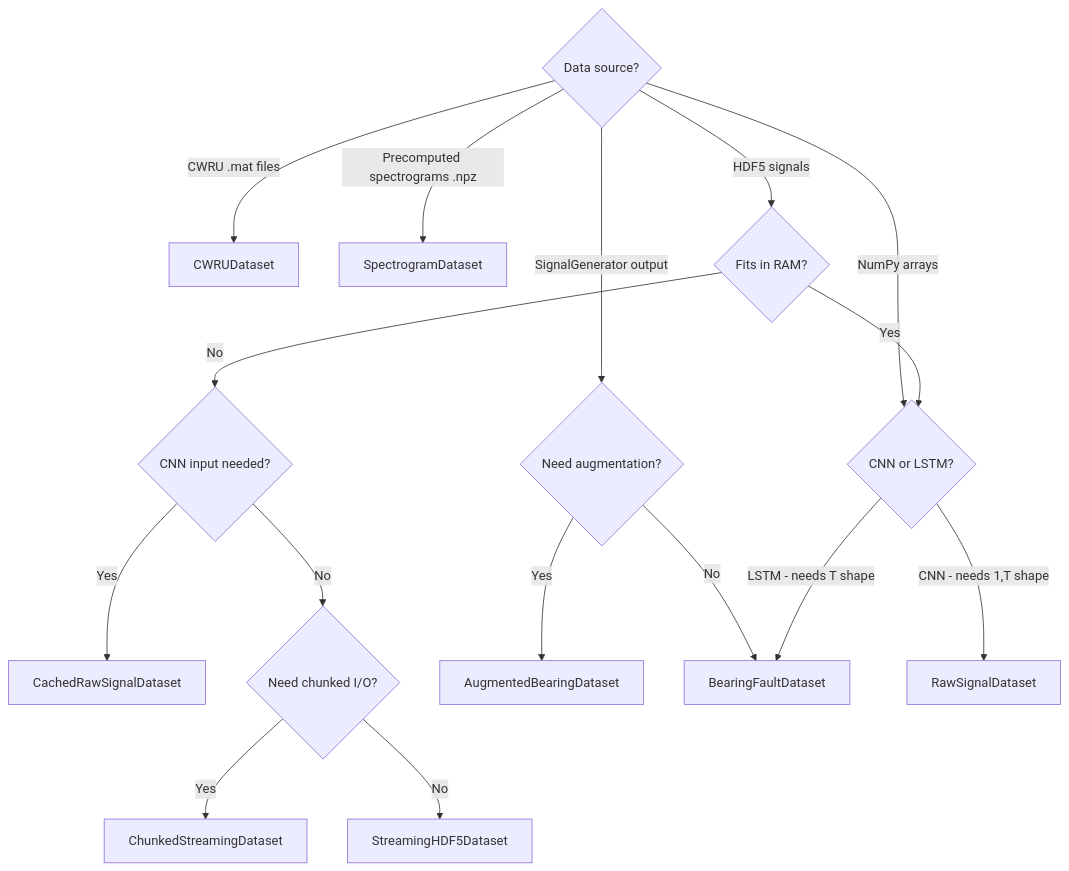
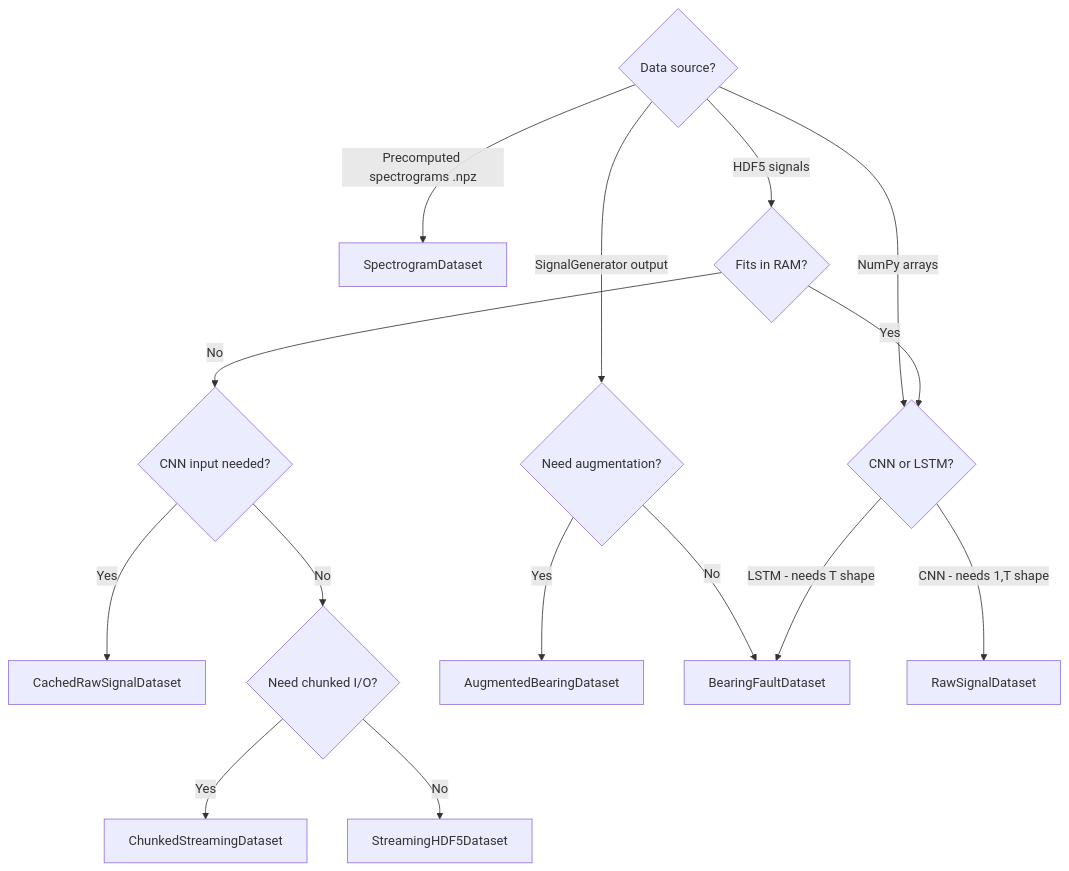
The diagram in data/DATASET_GUIDE.md (abbas-ahmad-cowlar/LSTM_PFD), drawn with Mermaid before and after one commit. The commit also changed other lines of this file and 27 other files, not shown here.

````diff
--- a/data/DATASET_GUIDE.md
+++ b/data/DATASET_GUIDE.md
@@ -9,21 +9,20 @@
 ```mermaid
 flowchart TD
-    A{Data source?} -->|CWRU .mat files| B[CWRUDataset]
-    A -->|Precomputed spectrograms .npz| C[SpectrogramDataset]
+    A{Data source?} -->|Precomputed spectrograms .npz| C[SpectrogramDataset]
     A -->|HDF5 signals| D{Fits in RAM?}
     A -->|SignalGenerator output| E{Need augmentation?}
     A -->|NumPy arrays| F{CNN or LSTM?}
 
     D -->|Yes| F
     D -->|No| G{CNN input needed?}
     G -->|Yes| H[CachedRawSignalDataset]
     G -->|No| I{Need chunked I/O?}
     I -->|Yes| J[ChunkedStreamingDataset]
     I -->|No| K[StreamingHDF5Dataset]
 
     E -->|Yes| L[AugmentedBearingDataset]
     E -->|No| M[BearingFaultDataset]
 
     F -->|CNN - needs 1,T shape| N[RawSignalDataset]
     F -->|LSTM - needs T shape| M
 ```
````
